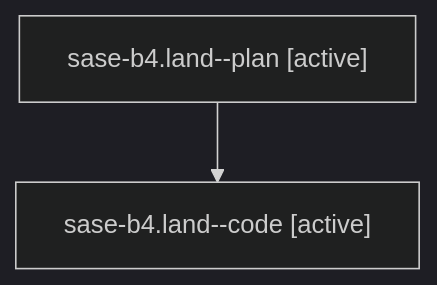
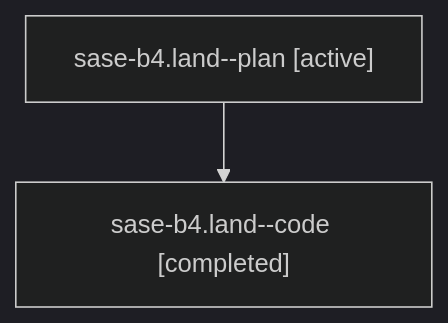
One commit to sase-org/sase--agents changed the diagram in families/bbugyi200.athena.sase-b4.land.md. Above: the diagram before and after it, drawn with Mermaid (dark theme). The commit also changed other lines of this file and 5813 other files, not shown here.

````diff
--- a/families/bbugyi200.athena.sase-b4.land.md
+++ b/families/bbugyi200.athena.sase-b4.land.md
@@ -9,6 +9,6 @@
 ```mermaid
 flowchart TD
   n0["sase-b4.land--plan [active]"]
-  n1["sase-b4.land--code [active]"]
+  n1["sase-b4.land--code [completed]"]
   n0 --> n1
 ```
````
